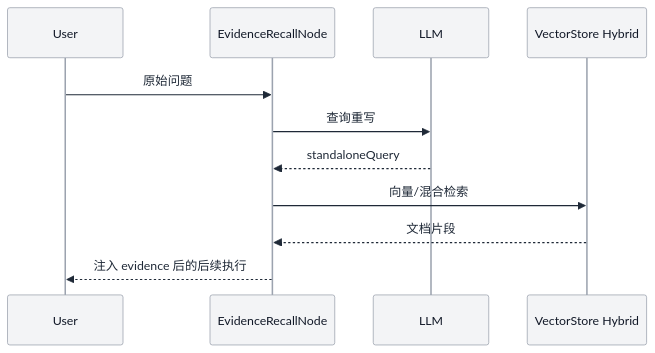
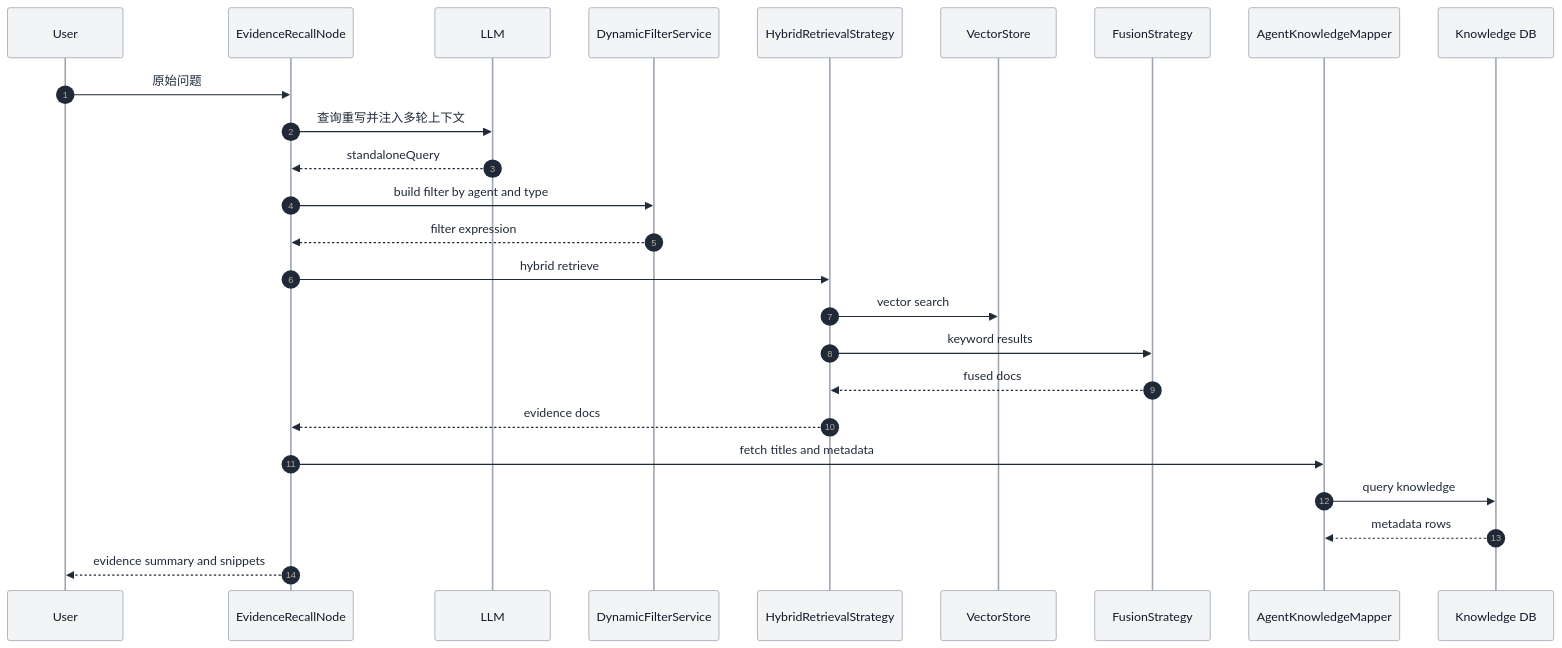
Before and after one commit to spring-ai-alibaba/DataAgent: the eighth of 18 diagrams in README.md, drawn with Mermaid. The commit also changed other lines of this file, not shown here.

Commit message:
refactor: enhance README with updated architecture diagrams, improved class definitions, and refined workflow processes for clarity

````diff
--- a/README.md
+++ b/README.md
@@ -261,15 +363,29 @@
 ```mermaid
 %%{init: {"theme": "base", "themeVariables": {"primaryColor": "#E3F2FD", "primaryBorderColor": "#1E88E5", "primaryTextColor": "#1F2937", "lineColor": "#4B5563", "secondaryColor": "#E8F5E9", "tertiaryColor": "#FFF1D6", "actorBkg": "#F3F4F6", "actorBorder": "#9CA3AF", "actorTextColor": "#111827", "noteBkgColor": "#FFF8E1", "noteTextColor": "#1F2937"}}}%%
 sequenceDiagram
+  autonumber
   participant U as User
   participant E as EvidenceRecallNode
   participant L as LLM
-  participant V as VectorStore Hybrid
+  participant F as DynamicFilterService
+  participant H as HybridRetrievalStrategy
+  participant V as VectorStore
+  participant Fu as FusionStrategy
+  participant M as AgentKnowledgeMapper
+  participant DB as Knowledge DB
 
   U->>E: 原始问题
-  E->>L: 查询重写
+  E->>L: 查询重写并注入多轮上下文
   L-->>E: standaloneQuery
-  E->>V: 向量/混合检索
-  V-->>E: 文档片段
-  E-->>U: 注入 evidence 后的后续执行
+  E->>F: build filter by agent and type
+  F-->>E: filter expression
+  E->>H: hybrid retrieve
+  H->>V: vector search
+  H->>Fu: keyword results
+  Fu-->>H: fused docs
+  H-->>E: evidence docs
+  E->>M: fetch titles and metadata
+  M->>DB: query knowledge
+  DB-->>M: metadata rows
+  E-->>U: evidence summary and snippets
 ```
````
